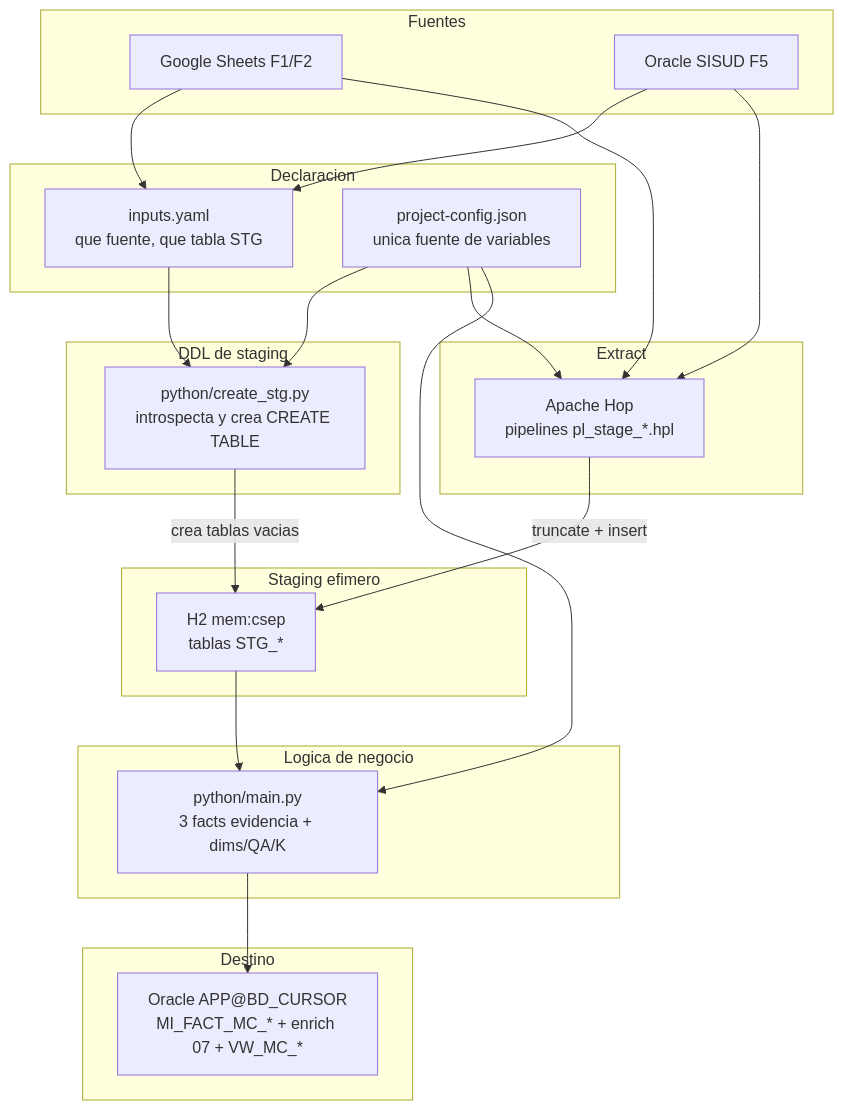
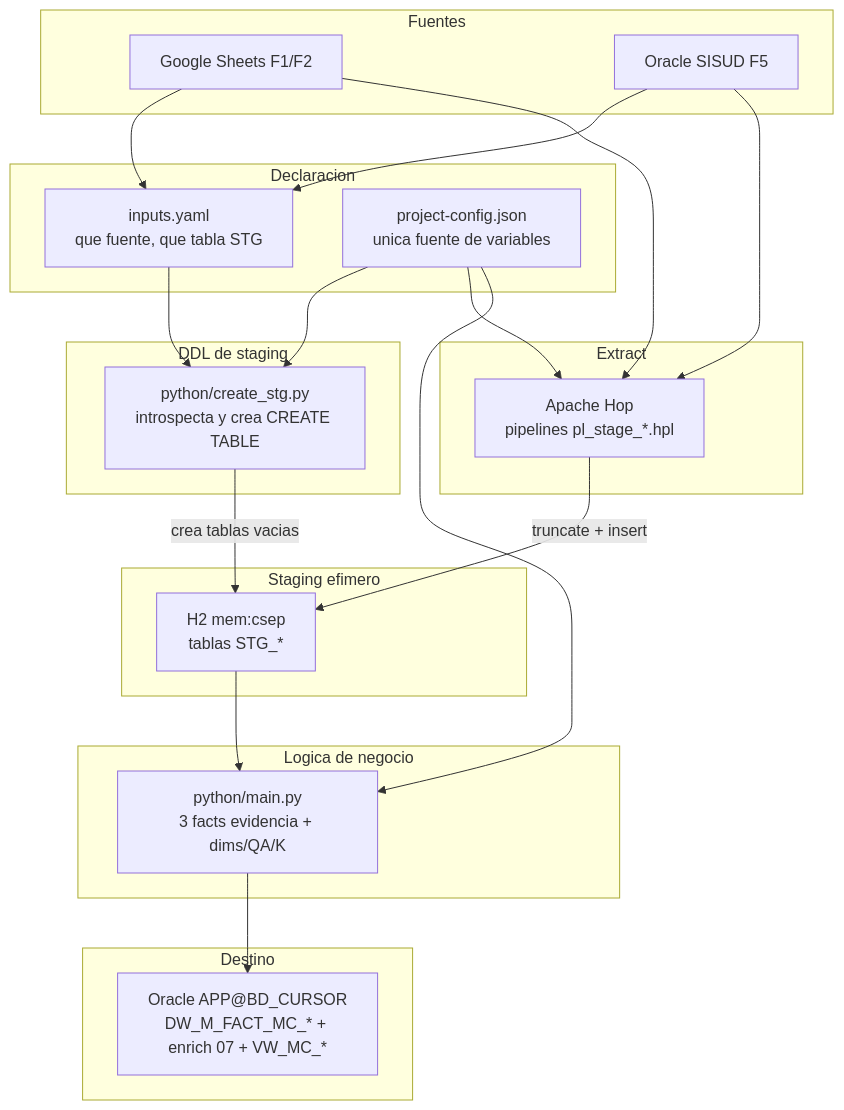
Before and after one commit to nwodevops/multa_informes_etl: the first of 4 diagrams in docs/arquitectura.md, drawn with Mermaid. The commit also changed other lines of this file and 67 other files, not shown here.

````diff
--- a/docs/arquitectura.md
+++ b/docs/arquitectura.md
@@ -16,45 +16,45 @@
 ```mermaid
 flowchart TB
   subgraph fuentes [Fuentes]
     GS["Google Sheets F1/F2"]
     ORA["Oracle SISUD F5"]
   end
 
   subgraph declaracion [Declaracion]
     YAML["inputs.yaml<br/>que fuente, que tabla STG"]
     PCFG["project-config.json<br/>unica fuente de variables"]
   end
 
   subgraph ddl [DDL de staging]
     PY["python/create_stg.py<br/>introspecta y crea CREATE TABLE"]
   end
 
   subgraph extract [Extract]
     HOP["Apache Hop<br/>pipelines pl_stage_*.hpl"]
   end
 
   subgraph staging [Staging efimero]
     H2["H2 mem:csep<br/>tablas STG_*"]
   end
 
   subgraph logica [Logica de negocio]
     PYL["python/main.py<br/>3 facts evidencia + dims/QA/K"]
   end
 
   subgraph destino [Destino]
-    OUT["Oracle APP@BD_CURSOR<br/>MI_FACT_MC_* + enrich 07 + VW_MC_*"]
+    OUT["Oracle APP@BD_CURSOR<br/>DW_M_FACT_MC_* + enrich 07 + VW_MC_*"]
   end
 
   GS --> YAML
   ORA --> YAML
   YAML --> PY
   PCFG --> PY
   PY -->|"crea tablas vacias"| H2
   GS --> HOP
   ORA --> HOP
   PCFG --> HOP
   HOP -->|"truncate + insert"| H2
   H2 --> PYL
   PCFG --> PYL
   PYL --> OUT
 ```
````
